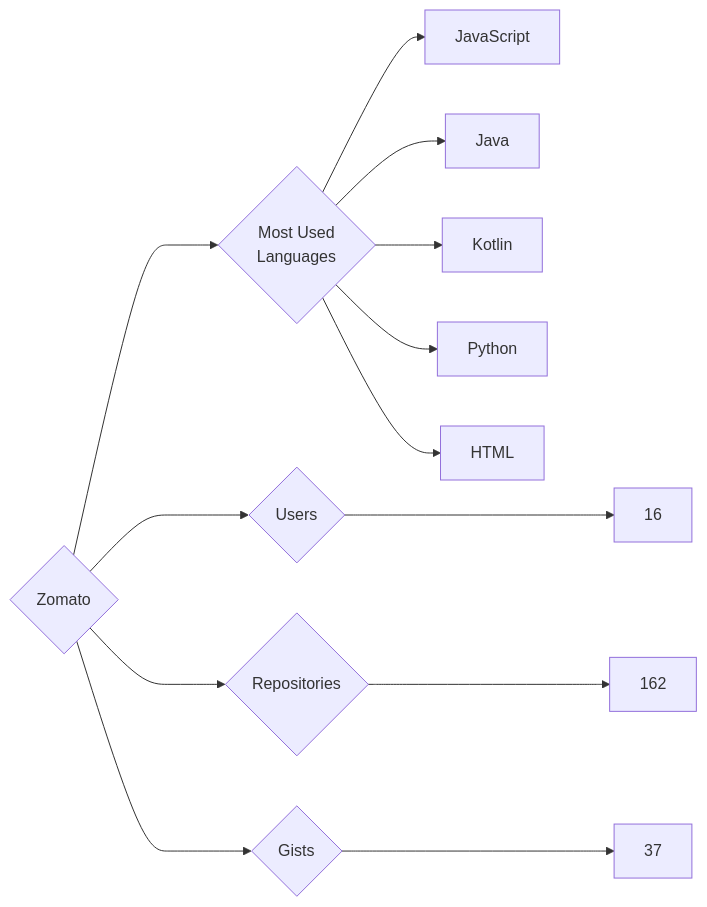
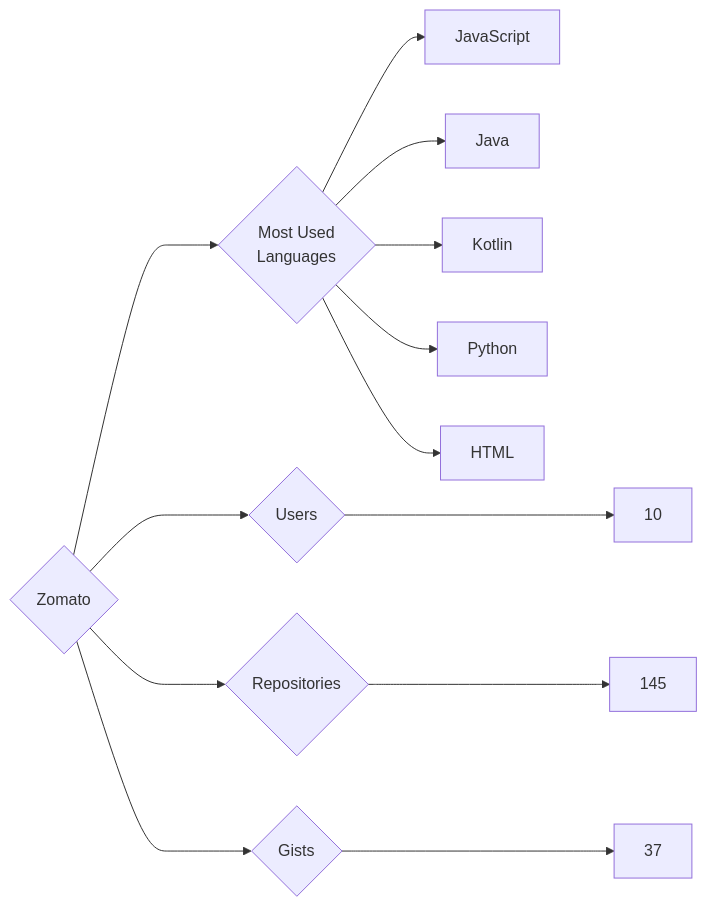
One commit to trickest/insiders changed the diagram in targets/Zomato/README.md. Above: the diagram before and after it, drawn with Mermaid. The commit also changed 1248 other files, not shown here.

````diff
--- a/targets/Zomato/README.md
+++ b/targets/Zomato/README.md
@@ -3,13 +3,13 @@
 ```mermaid
 graph LR
 COMPANY_NAME{Zomato}
-COMPANY_NAME ---> U{Users} ---> UN[16]
-COMPANY_NAME ---> R{Repositories} ---> RN[162]
+COMPANY_NAME ---> U{Users} ---> UN[10]
+COMPANY_NAME ---> R{Repositories} ---> RN[145]
 COMPANY_NAME ---> G{Gists} ---> GN[37]
 COMPANY_NAME ---> ML{Most Used<br>Languages}
 ML --> JavaScript[JavaScript]
 ML --> Java[Java]
 ML --> Kotlin[Kotlin]
 ML --> Python[Python]
 ML --> HTML[HTML]
 ```
````
